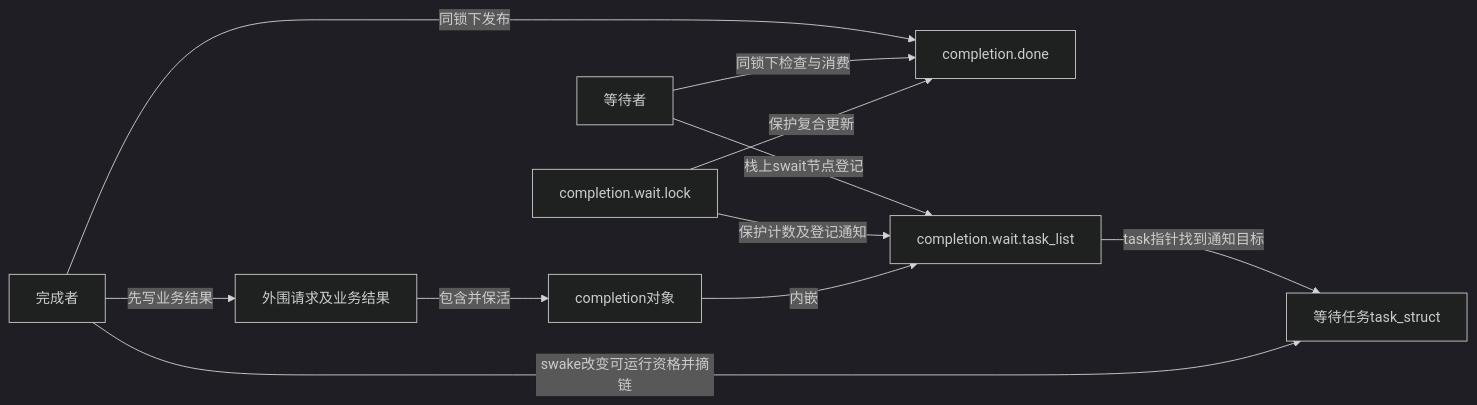
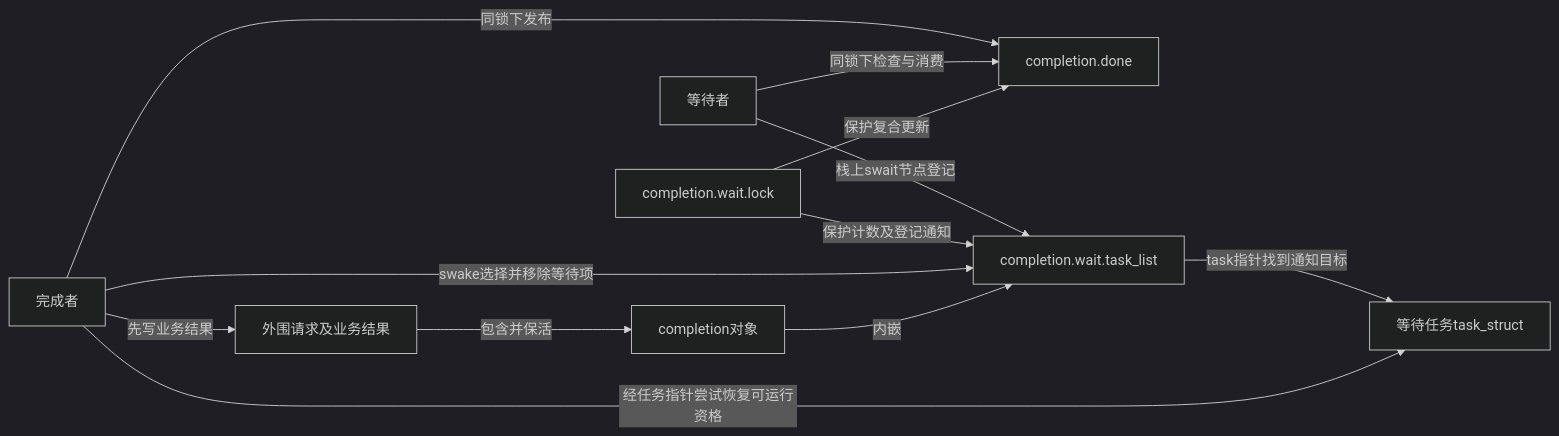
One commit to FormingSystem/linux_note changed the first of 2 diagrams in research/source_reading/waiting_notification/navigation/P03_Linux_6.12_completion模块源码概念导读.md. Above: the diagram before and after it, drawn with Mermaid (dark theme). The commit also changed other lines of this file and 5 other files, not shown here.

````diff
--- a/research/source_reading/waiting_notification/navigation/P03_Linux_6.12_completion模块源码概念导读.md
+++ b/research/source_reading/waiting_notification/navigation/P03_Linux_6.12_completion模块源码概念导读.md
@@ -29,13 +29,14 @@
 ```mermaid
 flowchart LR
     R[外围请求及业务结果] -->|包含并保活| C[completion对象]
     P[完成者] -->|先写业务结果| R
     P -->|同锁下发布| D[completion.done]
     W[等待者] -->|同锁下检查与消费| D
     W -->|栈上swait节点登记| Q[completion.wait.task_list]
     L[completion.wait.lock] -->|保护计数及登记通知| Q
     L -->|保护复合更新| D
     Q -->|task指针找到通知目标| T[等待任务task_struct]
-    P -->|swake改变可运行资格并摘链| T
+    P -->|swake选择并移除等待项| Q
+    P -->|经任务指针尝试恢复可运行资格| T
     C -->|内嵌| Q
 ```
````
